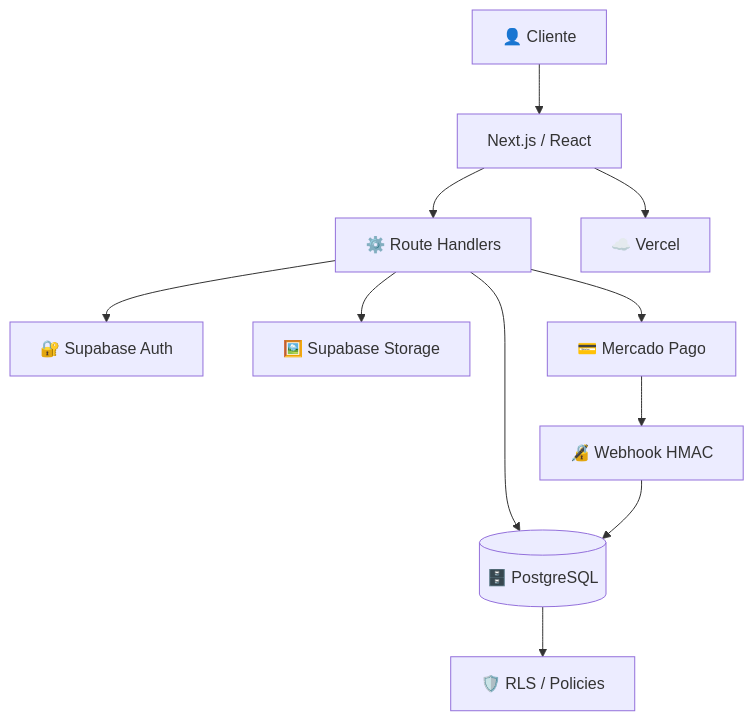
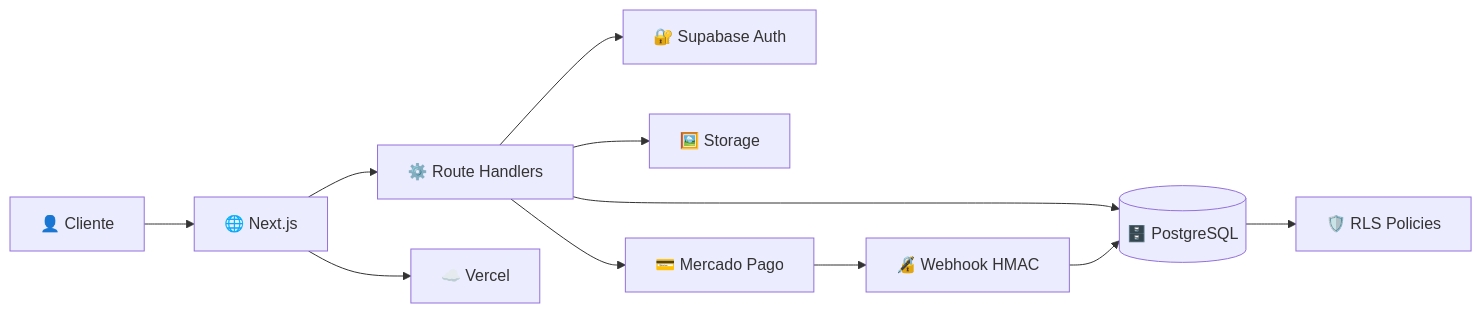
One commit to XzGuuhXz/loja changed the first of 3 diagrams in README.md. Above: the diagram before and after it, drawn with Mermaid. The commit also changed other lines of this file, not shown here.

Commit message:
docs: redesign README inspired by OmniRoute

````diff
--- a/README.md
+++ b/README.md
@@ -91,13 +118,13 @@
 ```mermaid
-flowchart TB
-    U[👤 Cliente] --> N[Next.js / React]
-    N --> API[⚙️ Route Handlers]
-    API --> AUTH[🔐 Supabase Auth]
+flowchart LR
+    C[👤 Cliente] --> W[🌐 Next.js]
+    W --> API[⚙️ Route Handlers]
+    API --> A[🔐 Supabase Auth]
     API --> DB[(🗄️ PostgreSQL)]
-    API --> STORAGE[🖼️ Supabase Storage]
+    API --> S[🖼️ Storage]
     API --> MP[💳 Mercado Pago]
-    MP --> WEBHOOK[🔏 Webhook HMAC]
-    WEBHOOK --> DB
-    DB --> RLS[🛡️ RLS / Policies]
-    N --> V[☁️ Vercel]
+    MP --> WH[🔏 Webhook HMAC]
+    WH --> DB
+    DB --> RLS[🛡️ RLS Policies]
+    W --> V[☁️ Vercel]
 ```
````
